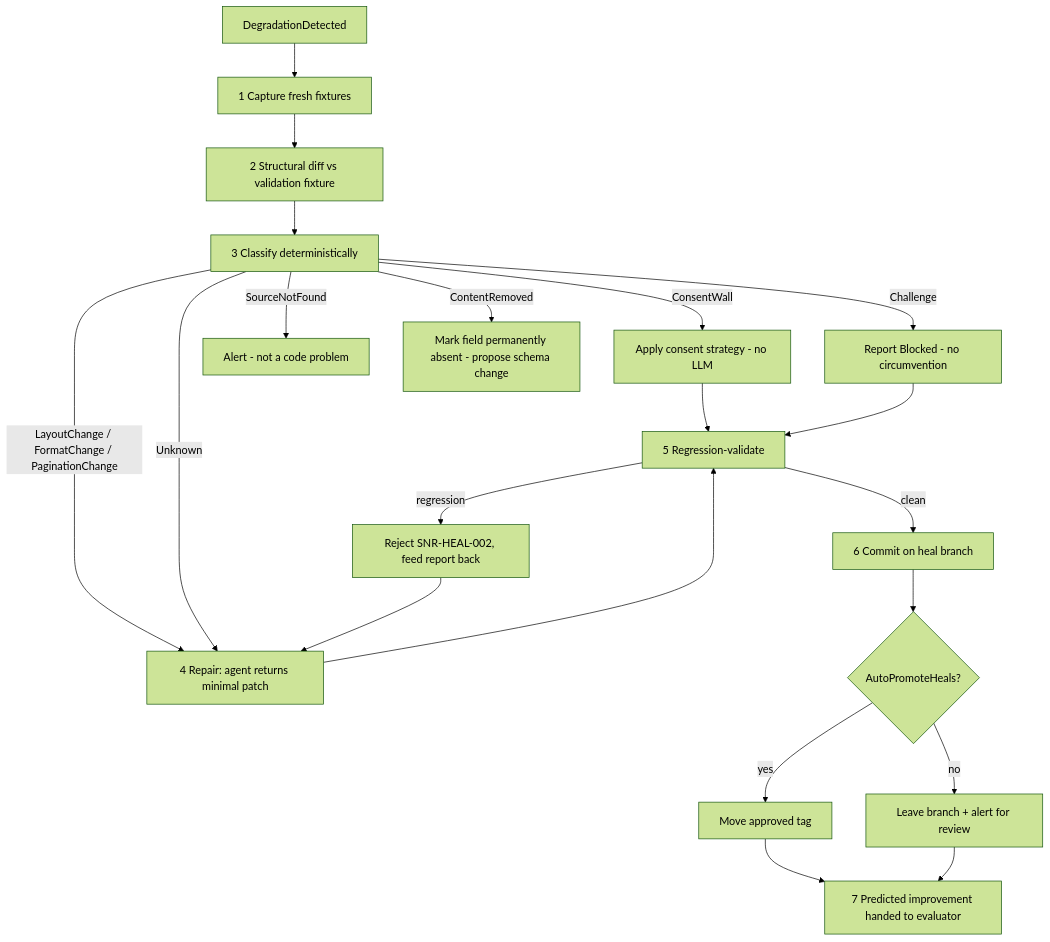
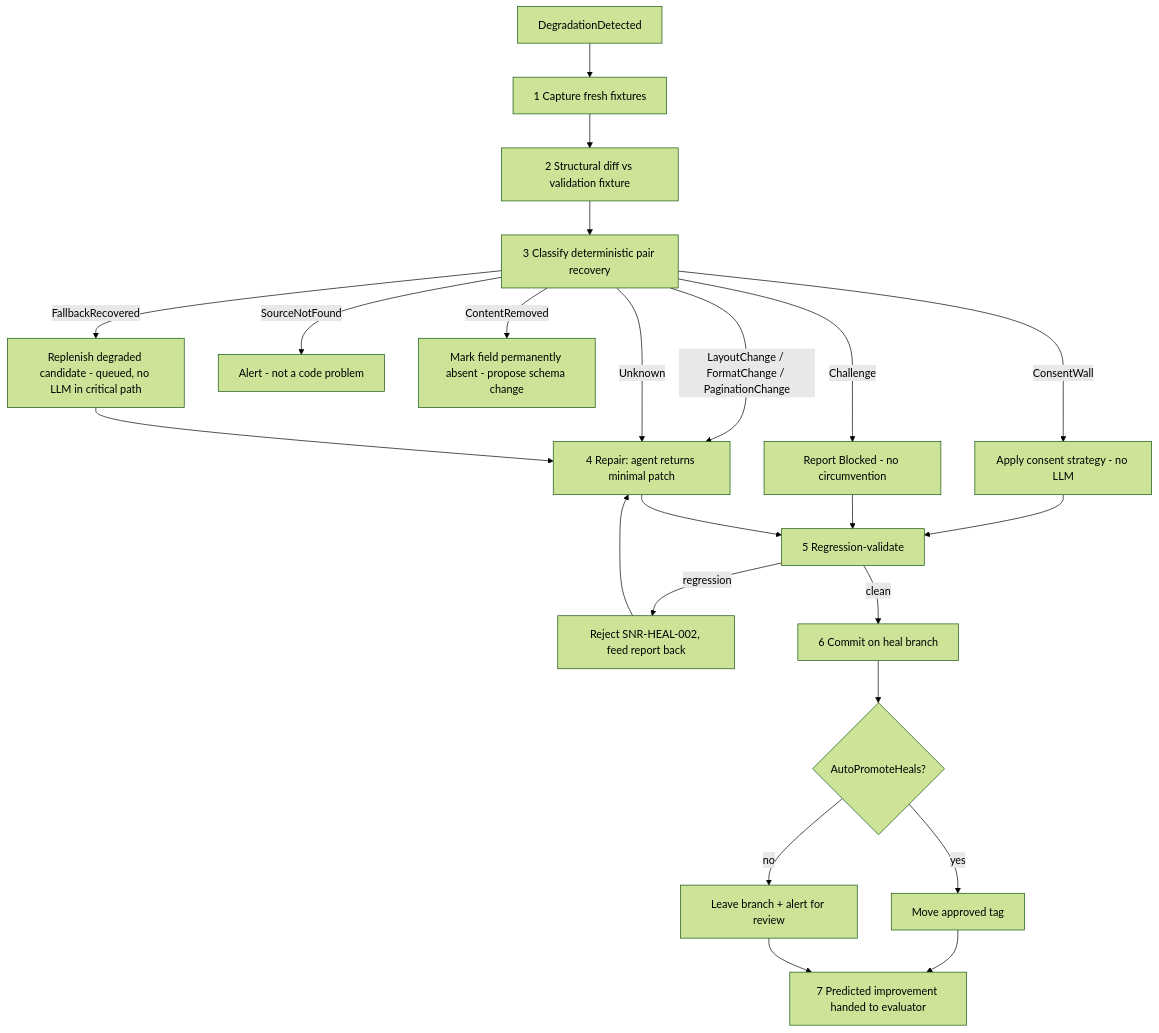
Before and after one commit to sommmen/Sanare: the diagram in docs/features/healing-workflow.md, drawn with Mermaid (forest theme). The commit also changed other lines of this file and 5 other files, not shown here.

````diff
--- a/docs/features/healing-workflow.md
+++ b/docs/features/healing-workflow.md
@@ -83,23 +83,25 @@
 ```mermaid
 flowchart TD
     A[DegradationDetected] --> B[1 Capture fresh fixtures]
     B --> C[2 Structural diff vs validation fixture]
-    C --> D[3 Classify deterministically]
+    C --> D[3 Classify deterministic pair recovery]
+    D -- FallbackRecovered --> R[Replenish degraded candidate - queued, no LLM in critical path]
     D -- ConsentWall --> E[Apply consent strategy - no LLM]
     D -- Challenge --> F[Report Blocked - no circumvention]
     D -- SourceNotFound --> G[Alert - not a code problem]
     D -- LayoutChange / FormatChange / PaginationChange --> H[4 Repair: agent returns minimal patch]
     D -- ContentRemoved --> I[Mark field permanently absent - propose schema change]
     D -- Unknown --> H
+    R --> H
     E --> J[5 Regression-validate]
     F --> J
     H --> J
     J -- regression --> K[Reject SNR-HEAL-002, feed report back]
     K --> H
     J -- clean --> L[6 Commit on heal branch]
     L --> M{AutoPromoteHeals?}
     M -- yes --> N[Move approved tag]
     M -- no --> O[Leave branch + alert for review]
     N --> P[7 Predicted improvement handed to evaluator]
     O --> P
 ```
````
